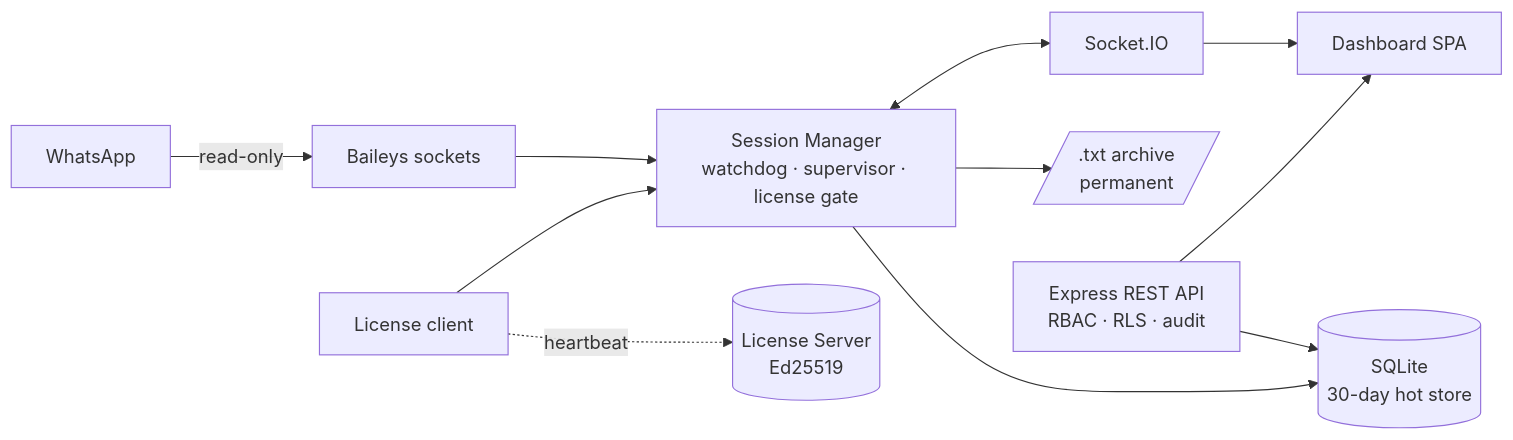
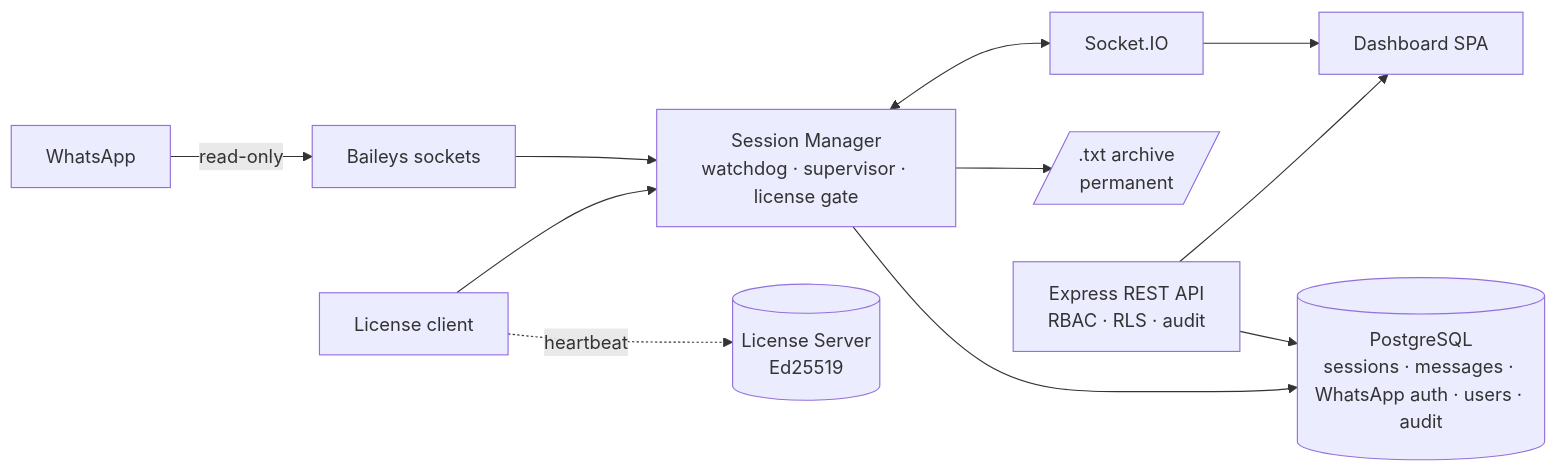
The diagram in README.md (Ambujkumar909/Sonar), drawn with Mermaid before and after one commit. The commit also changed other lines of this file and 11 other files, not shown here.

First line of the commit message:
Migrate to PostgreSQL + full Docker stack

````diff
--- a/README.md
+++ b/README.md
@@ -96,13 +103,13 @@
 ```mermaid
 flowchart LR
   WA[WhatsApp] -- read-only --> B[Baileys sockets]
   B --> SM[Session Manager<br/>watchdog · supervisor · license gate]
-  SM --> DB[(SQLite<br/>30-day hot store)]
+  SM --> DB[(PostgreSQL<br/>sessions · messages · WhatsApp auth · users · audit)]
   SM --> TXT[/.txt archive<br/>permanent/]
   SM <--> IO[Socket.IO]
   API[Express REST API<br/>RBAC · RLS · audit] --> DB
   IO --> UI[Dashboard SPA]
   API --> UI
   LIC[License client] -. heartbeat .-> LS[(License Server<br/>Ed25519)]
   LIC --> SM
 ```
````
